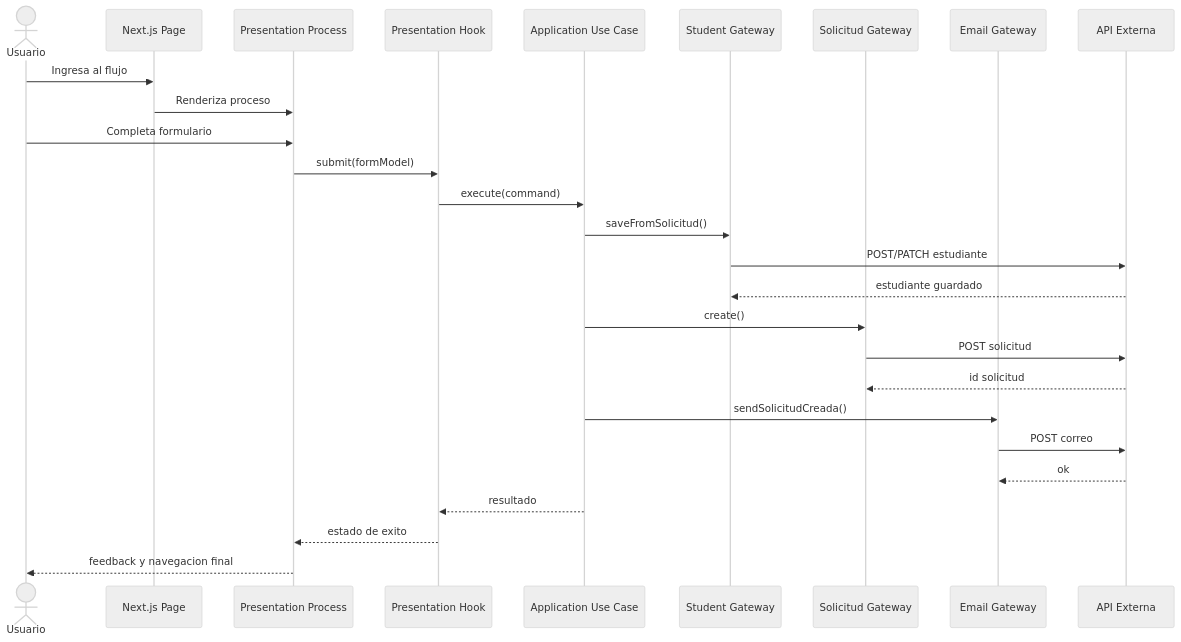
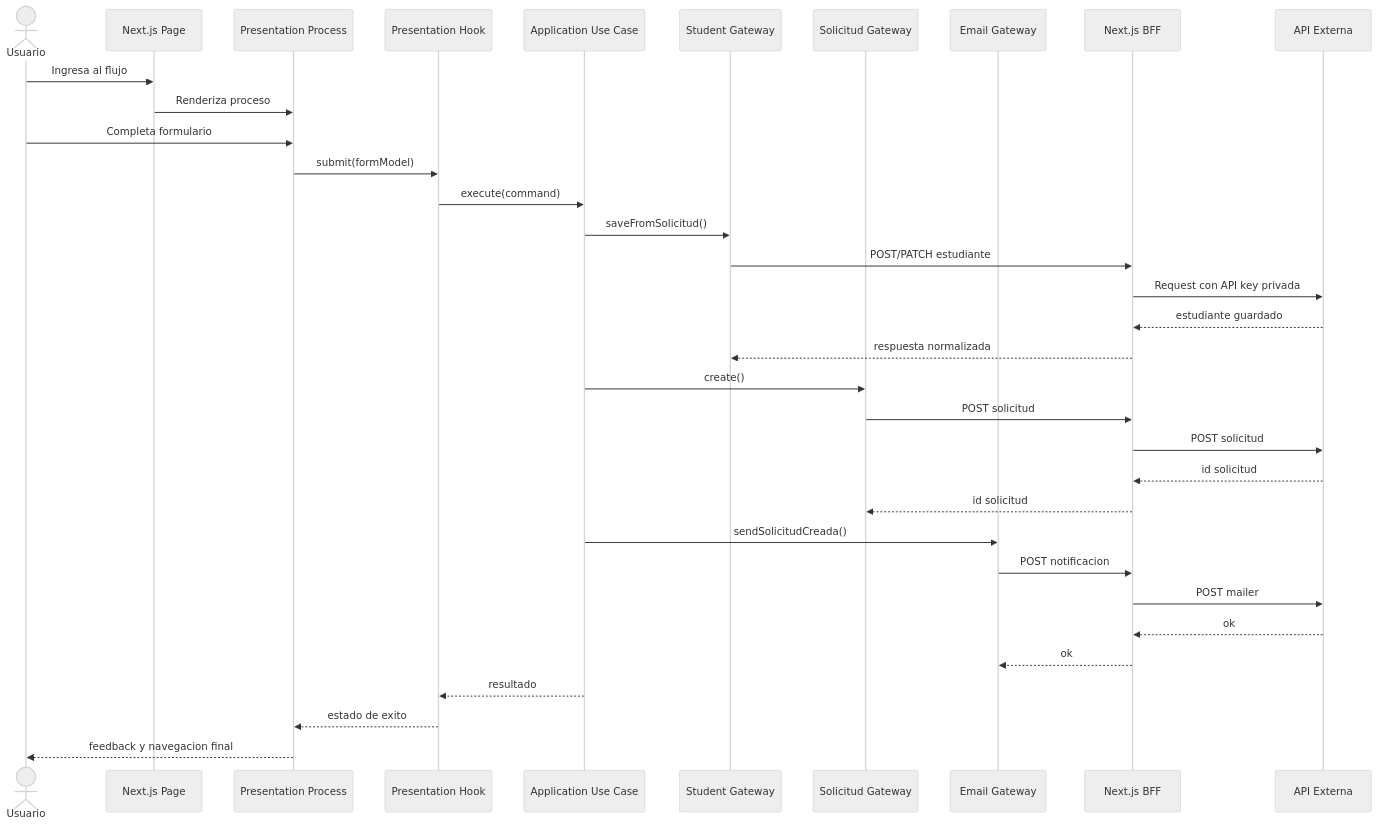
Before and after one commit to luismiguelgs/ciunac-sol-1.3: the fifth of 10 diagrams in docs/architecture/complete-architecture.md, drawn with Mermaid (neutral theme). The commit also changed other lines of this file and 88 other files, not shown here.

````diff
--- a/docs/architecture/complete-architecture.md
+++ b/docs/architecture/complete-architecture.md
@@ -146,30 +152,37 @@
 ```mermaid
 sequenceDiagram
     actor User as Usuario
     participant Page as Next.js Page
     participant Process as Presentation Process
     participant Hook as Presentation Hook
     participant UseCase as Application Use Case
     participant Student as Student Gateway
     participant Solicitud as Solicitud Gateway
     participant Email as Email Gateway
+    participant BFF as Next.js BFF
     participant Api as API Externa
 
     User->>Page: Ingresa al flujo
     Page->>Process: Renderiza proceso
     User->>Process: Completa formulario
     Process->>Hook: submit(formModel)
     Hook->>UseCase: execute(command)
     UseCase->>Student: saveFromSolicitud()
-    Student->>Api: POST/PATCH estudiante
-    Api-->>Student: estudiante guardado
+    Student->>BFF: POST/PATCH estudiante
+    BFF->>Api: Request con API key privada
+    Api-->>BFF: estudiante guardado
+    BFF-->>Student: respuesta normalizada
     UseCase->>Solicitud: create()
-    Solicitud->>Api: POST solicitud
-    Api-->>Solicitud: id solicitud
+    Solicitud->>BFF: POST solicitud
+    BFF->>Api: POST solicitud
+    Api-->>BFF: id solicitud
+    BFF-->>Solicitud: id solicitud
     UseCase->>Email: sendSolicitudCreada()
-    Email->>Api: POST correo
-    Api-->>Email: ok
+    Email->>BFF: POST notificacion
+    BFF->>Api: POST mailer
+    Api-->>BFF: ok
+    BFF-->>Email: ok
     UseCase-->>Hook: resultado
     Hook-->>Process: estado de exito
     Process-->>User: feedback y navegacion final
 ```
````
